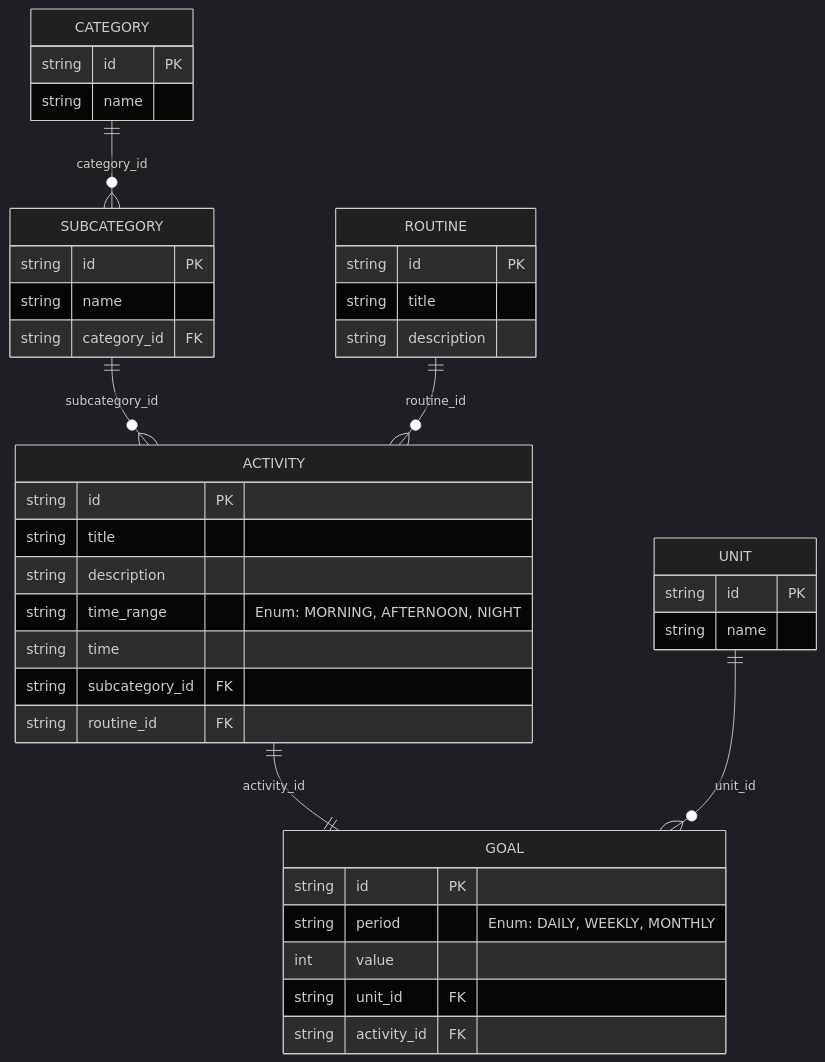
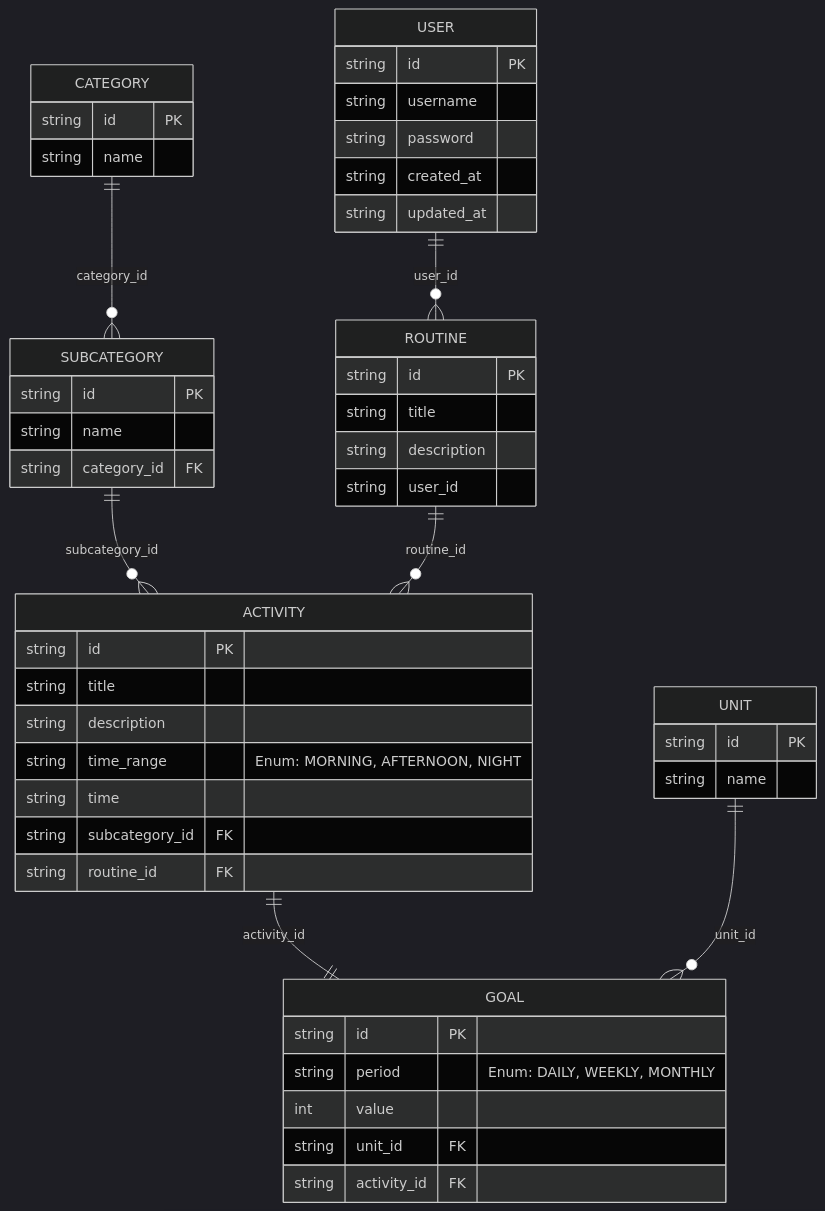
Before and after one commit to No-Country-simulation/c24-34-t-webapp: the diagram in README.md, drawn with Mermaid (dark theme).

Commit message:
feat: add user relational database diagram

````diff
--- a/README.md
+++ b/README.md
@@ -21,48 +21,58 @@
 ```mermaid
 erDiagram
+    USER {
+        string id PK
+        string username
+        string password
+        string created_at
+        string updated_at
+    }
+
     CATEGORY {
         string id PK
         string name
     }
 
     SUBCATEGORY {
         string id PK
         string name
         string category_id FK
     }
 
     ACTIVITY {
         string id PK
         string title
         string description
         string time_range "Enum: MORNING, AFTERNOON, NIGHT"
         string time
         string subcategory_id FK
         string routine_id FK
     }
 
     GOAL {
         string id PK
         string period "Enum: DAILY, WEEKLY, MONTHLY"
         int value
         string unit_id FK
         string activity_id FK
     }
 
     UNIT {
         string id PK
         string name
     }
 
     ROUTINE {
         string id PK
         string title
         string description
+        string user_id
     }
 
     CATEGORY ||--o{ SUBCATEGORY : "category_id"
     SUBCATEGORY ||--o{ ACTIVITY : "subcategory_id"
     ACTIVITY ||--|| GOAL : "activity_id"
     UNIT ||--o{ GOAL : "unit_id"
     ROUTINE ||--o{ ACTIVITY : "routine_id"
+    USER ||--o{ ROUTINE : "user_id"
 ```
````
